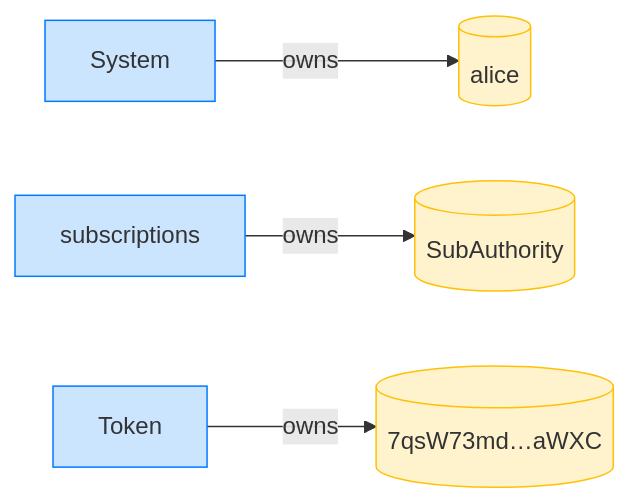
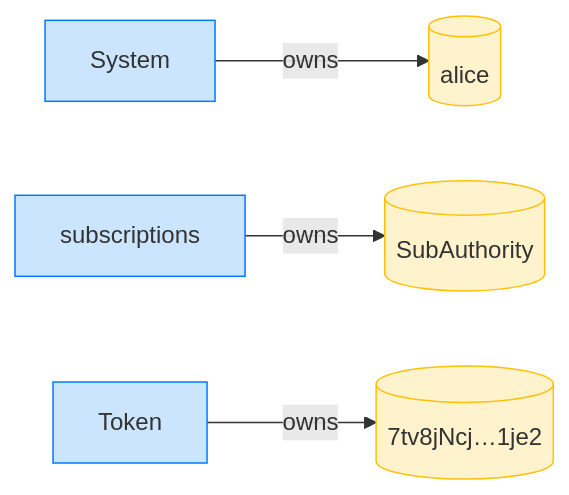
One commit to cds-rs/subscriptions changed diagram 16 of 20 in dsl_tests/fixed-transfer-against-a-re-initialized-authority-is-refused.md. Above: the diagram before and after it, drawn with Mermaid. The commit also changed other lines of this file and 224 other files, not shown here.

````diff
--- a/dsl_tests/fixed-transfer-against-a-re-initialized-authority-is-refused.md
+++ b/dsl_tests/fixed-transfer-against-a-re-initialized-authority-is-refused.md
@@ -288,14 +304,14 @@
 ```mermaid
 flowchart LR
     classDef owner fill:#cce5ff,stroke:#007bff;
     classDef account fill:#fff3cd,stroke:#ffc107;
     System[System]:::owner
     alice[(alice)]:::account
     subscriptions[subscriptions]:::owner
     SubAuthority[(SubAuthority)]:::account
     Token[Token]:::owner
-    7qsW73md_aWXC[("7qsW73md…aWXC")]:::account
+    7tv8jNcj_1je2[("7tv8jNcj…1je2")]:::account
     System -->|owns| alice
     subscriptions -->|owns| SubAuthority
-    Token -->|owns| 7qsW73md_aWXC
+    Token -->|owns| 7tv8jNcj_1je2
 ```
````
